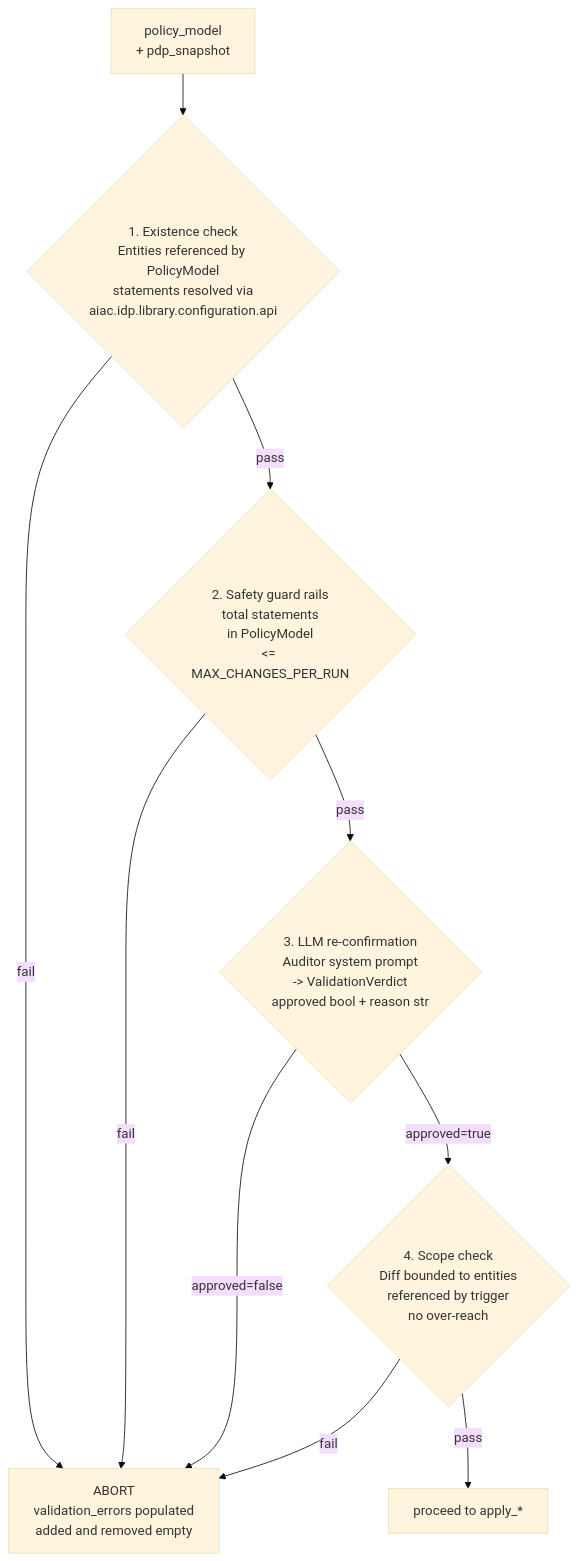
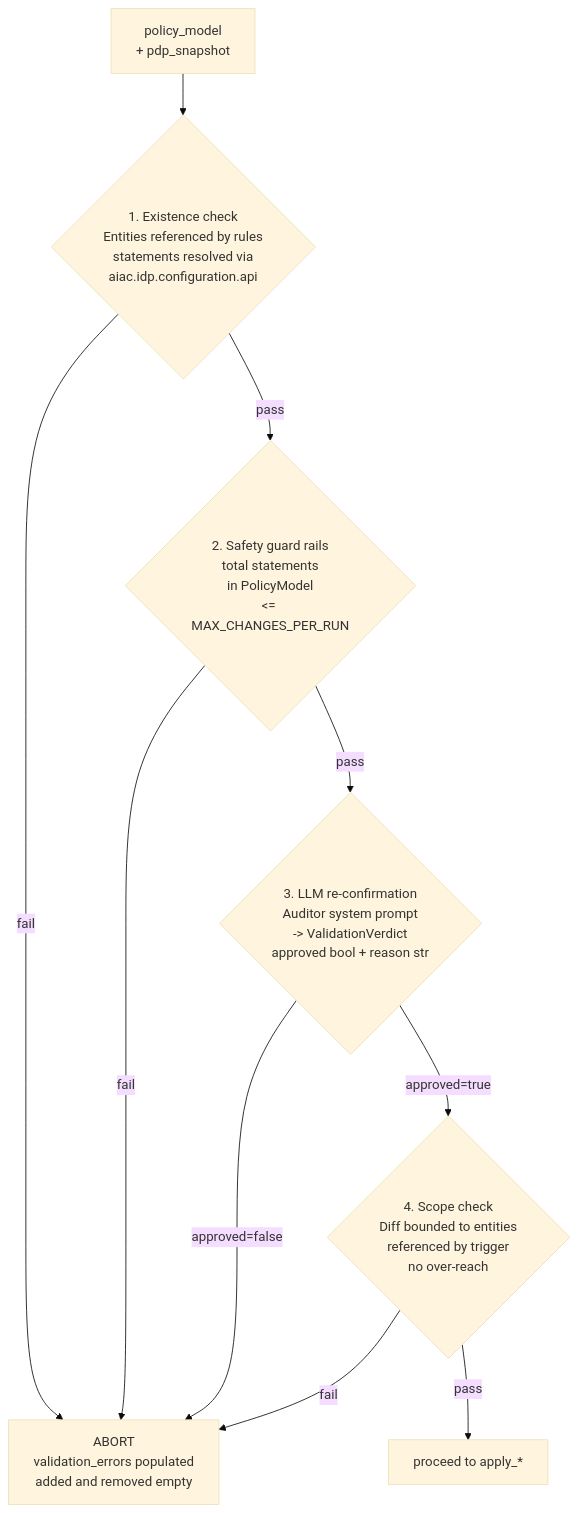
One commit to rossoctl/aiac changed the fourth of 4 diagrams in inception/requirements/components/aiac-agent.md. Above: the diagram before and after it, drawn with Mermaid (base theme). The commit also changed other lines of this file and 7 other files, not shown here.

First line of the commit message:
docs(aiac-agent): replace PolicyBuilder TBD with SharedApplyGraph and compute_and_apply(rules)

````diff
--- a/inception/requirements/components/aiac-agent.md
+++ b/inception/requirements/components/aiac-agent.md
@@ -276,20 +272,20 @@
 ```mermaid
 flowchart TD
     IN["policy_model\n+ pdp_snapshot"] --> C1
 
-    C1{"1. Existence check\nEntities referenced by PolicyModel\nstatements resolved via\naiac.idp.library.configuration.api"}
+    C1{"1. Existence check\nEntities referenced by rules\nstatements resolved via\naiac.idp.configuration.api"}
     C1 -->|"fail"| ABORT["ABORT\nvalidation_errors populated\nadded and removed empty"]
     C1 -->|"pass"| C2
 
     C2{"2. Safety guard rails\ntotal statements\nin PolicyModel\n<= MAX_CHANGES_PER_RUN"}
     C2 -->|"fail"| ABORT
     C2 -->|"pass"| C3
 
     C3{"3. LLM re-confirmation\nAuditor system prompt\n-> ValidationVerdict\napproved bool + reason str"}
     C3 -->|"approved=false"| ABORT
     C3 -->|"approved=true"| C4
 
     C4{"4. Scope check\nDiff bounded to entities\nreferenced by trigger\nno over-reach"}
     C4 -->|"fail"| ABORT
     C4 -->|"pass"| APPLY["proceed to apply_*"]
 ```
````
